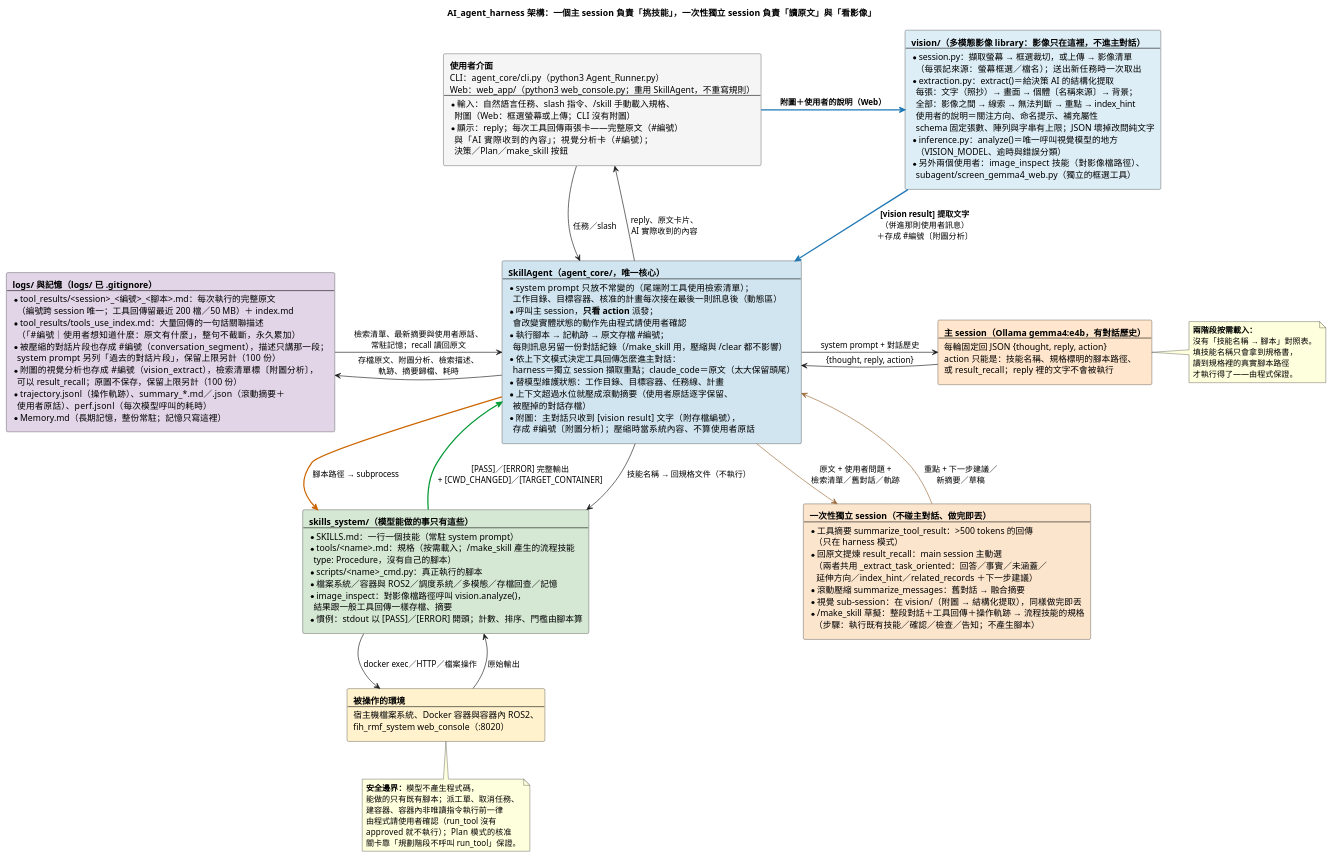
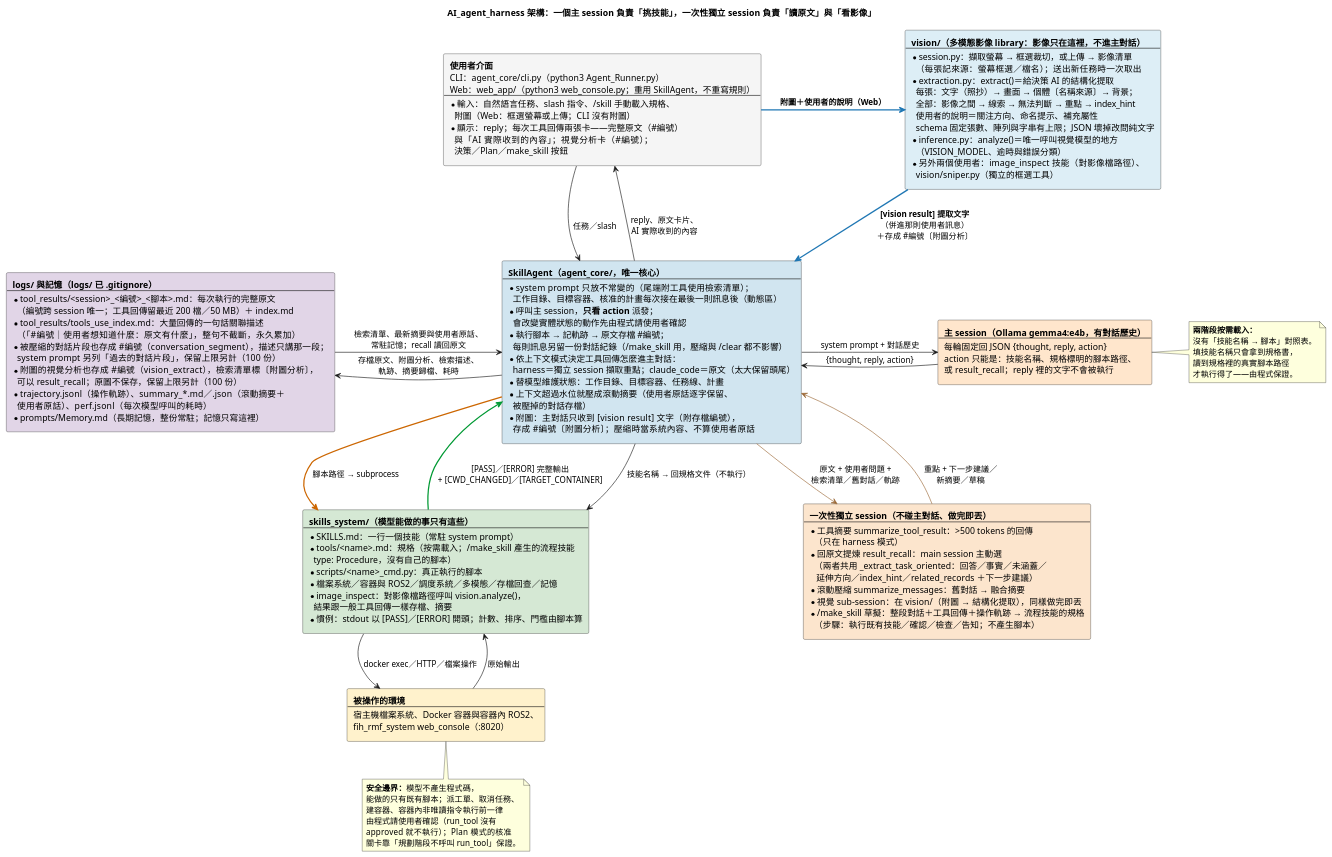
One commit to DavidZox/Coding_agnet changed the diagram in doc/diagrams/AI_agent_harness的說明.puml. Above: the diagram before and after it, drawn with PlantUML. The commit also changed 23 other files, not shown here.

```diff
--- a/doc/diagrams/AI_agent_harness的說明.puml
+++ b/doc/diagrams/AI_agent_harness的說明.puml
@@ -1,150 +1,150 @@
 @startuml
 ' --- 樣式精準控制 ---
 skinparam RectangleWidthMax 340
 skinparam ranksep 60
 skinparam nodesep 60
 skinparam shadowing false
 skinparam defaultFontName "Microsoft JhengHei"
 
 title AI_agent_harness 架構：一個主 session 負責「挑技能」，一次性獨立 session 負責「讀原文」與「看影像」
 
 rectangle NodeUser #F5F5F5 [
   **使用者介面**
   CLI：agent_core/cli.py（python3 Agent_Runner.py）
   Web：web_app/（python3 web_console.py；重用 SkillAgent，不重寫規則）
   ----
   * 輸入：自然語言任務、slash 指令、/skill 手動載入規格、
     附圖（Web：框選螢幕或上傳；CLI 沒有附圖）
   * 顯示：reply；每次工具回傳兩張卡——完整原文（#編號）
     與「AI 實際收到的內容」；視覺分析卡（#編號）；
     決策／Plan／make_skill 按鈕
 ]
 
 rectangle NodeVision #DDEEF6 [
   **vision/（多模態影像 library：影像只在這裡，不進主對話）**
   ----
   * session.py：擷取螢幕 → 框選裁切，或上傳 → 影像清單
     （每張記來源：螢幕框選／檔名）；送出新任務時一次取出
   * extraction.py：extract()＝給決策 AI 的結構化提取
     每張：文字（照抄）→ 畫面 → 個體〔名稱來源〕→ 背景；
     全部：影像之間 → 線索 → 無法判斷 → 重點 → index_hint
     使用者的說明＝關注方向、命名提示、補充屬性
     schema 固定張數、陣列與字串有上限；JSON 壞掉改問純文字
   * inference.py：analyze()＝唯一呼叫視覺模型的地方
     （VISION_MODEL、逾時與錯誤分類）
   * 另外兩個使用者：image_inspect 技能（對影像檔路徑）、
-    subagent/screen_gemma4_web.py（獨立的框選工具）
+    vision/sniper.py（獨立的框選工具）
 ]
 
 rectangle NodeAgent #D1E5F0 [
   **SkillAgent（agent_core/，唯一核心）**
   ----
   * system prompt 只放不常變的（尾端附工具使用檢索清單）；
     工作目錄、目標容器、核准的計畫每次接在最後一則訊息後（動態區）
   * 呼叫主 session，**只看 action** 派發；
     會改變實體狀態的動作先由程式請使用者確認
   * 執行腳本 → 記軌跡 → 原文存檔 #編號；
     每則訊息另留一份對話紀錄（/make_skill 用，壓縮與 /clear 都不影響）
   * 依上下文模式決定工具回傳怎麼進主對話：
     harness＝獨立 session 擷取重點；claude_code＝原文（太大保留頭尾）
   * 替模型維護狀態：工作目錄、目標容器、任務線、計畫
   * 上下文超過水位就壓成滾動摘要（使用者原話逐字保留、
     被壓掉的對話存檔）
   * 附圖：主對話只收到 [vision result] 文字（附存檔編號），
     存成 #編號〔附圖分析〕；壓縮時當系統內容、不算使用者原話
 ]
 
 rectangle NodeLLM #FFE6CC [
   **主 session（Ollama gemma4:e4b，有對話歷史）**
   ----
   每輪固定回 JSON {thought, reply, action}
   action 只能是：技能名稱、規格標明的腳本路徑、
   或 result_recall；reply 裡的文字不會被執行
 ]
 
 rectangle NodeSub #FCE5CD [
   **一次性獨立 session（不碰主對話、做完即丟）**
   ----
   * 工具摘要 summarize_tool_result：>500 tokens 的回傳
     （只在 harness 模式）
   * 回原文提煉 result_recall：main session 主動選
     （兩者共用 _extract_task_oriented：回答／事實／未涵蓋／
      延伸方向／index_hint／related_records ＋下一步建議）
   * 滾動壓縮 summarize_messages：舊對話 → 融合摘要
   * 視覺 sub-session：在 vision/（附圖 → 結構化提取），同樣做完即丟
   * /make_skill 草擬：整段對話＋工具回傳＋操作軌跡 → 流程技能的規格
     （步驟：執行既有技能／確認／檢查／告知；不產生腳本）
 ]
 
 rectangle NodeSkills #D5E8D4 [
   **skills_system/（模型能做的事只有這些）**
   ----
   * SKILLS.md：一行一個技能（常駐 system prompt）
   * tools/<name>.md：規格（按需載入；/make_skill 產生的流程技能
     type: Procedure，沒有自己的腳本）
   * scripts/<name>_cmd.py：真正執行的腳本
   * 檔案系統／容器與 ROS2／調度系統／多模態／存檔回查／記憶
   * image_inspect：對影像檔路徑呼叫 vision.analyze()，
     結果跟一般工具回傳一樣存檔、摘要
   * 慣例：stdout 以 [PASS]／[ERROR] 開頭；計數、排序、門檻由腳本算
 ]
 
 rectangle NodeWorld #FFF2CC [
   **被操作的環境**
   ----
   宿主機檔案系統、Docker 容器與容器內 ROS2、
   fih_rmf_system web_console（:8020）
 ]
 
 rectangle NodeStore #E1D5E7 [
   **logs/ 與記憶（logs/ 已 .gitignore）**
   ----
   * tool_results/<session>_<編號>_<腳本>.md：每次執行的完整原文
     （編號跨 session 唯一；工具回傳留最近 200 檔／50 MB）＋ index.md
   * tool_results/tools_use_index.md：大量回傳的一句話關聯描述
     （「#編號｜使用者想知道什麼：原文有什麼」，整句不截斷，永久累加）
   * 被壓縮的對話片段也存成 #編號（conversation_segment），描述只講那一段；
     system prompt 另列「過去的對話片段」，保留上限另計（100 份）
   * 附圖的視覺分析也存成 #編號（vision_extract），檢索清單標〔附圖分析〕，
     可以 result_recall；原圖不保存，保留上限另計（100 份）
   * trajectory.jsonl（操作軌跡）、summary_*.md／.json（滾動摘要＋
     使用者原話）、perf.jsonl（每次模型呼叫的耗時）
-  * Memory.md（長期記憶，整份常駐；記憶只寫這裡）
+  * prompts/Memory.md（長期記憶，整份常駐；記憶只寫這裡）
 ]
 
 NodeUser -down-> NodeAgent : 任務／slash
 NodeAgent -up-> NodeUser : reply、原文卡片、\nAI 實際收到的內容
 NodeAgent -right-> NodeLLM : system prompt + 對話歷史
 NodeLLM -left-> NodeAgent : {thought, reply, action}
 NodeAgent -[#996633]right-> NodeSub : 原文 + 使用者問題 +\n檢索清單／舊對話／軌跡
 NodeSub -[#996633]left-> NodeAgent : 重點 + 下一步建議／\n新摘要／草稿
 NodeUser -[#1F77B4,bold]right-> NodeVision : **附圖＋使用者的說明（Web）**
 NodeVision -[#1F77B4,bold]down-> NodeAgent : **[vision result] 提取文字**\n（併進那則使用者訊息）\n＋存成 #編號〔附圖分析〕
 NodeAgent -down-> NodeSkills : 技能名稱 → 回規格文件（不執行）
 NodeAgent -[#CC6600,bold]down-> NodeSkills : 腳本路徑 → subprocess
 NodeSkills -down-> NodeWorld : docker exec／HTTP／檔案操作
 NodeWorld -up-> NodeSkills : 原始輸出
 NodeSkills -[#009933,bold]up-> NodeAgent : [PASS]／[ERROR] 完整輸出\n+ [CWD_CHANGED]／[TARGET_CONTAINER]
 NodeAgent -left-> NodeStore : 存檔原文、附圖分析、檢索描述、\n軌跡、摘要歸檔、耗時
 NodeStore -right-> NodeAgent : 檢索清單、最新摘要與使用者原話、\n常駐記憶；recall 讀回原文
 NodeLLM -[hidden]down-> NodeSub
 NodeVision -[hidden]down-> NodeLLM
 
 note right of NodeLLM
   **兩階段按需載入：**
   沒有「技能名稱 → 腳本」對照表。
   填技能名稱只會拿到規格書，
   讀到規格裡的真實腳本路徑
   才執行得了——由程式保證。
 end note
 
 note bottom of NodeWorld
   **安全邊界：**模型不產生程式碼，
   能做的只有既有腳本；派工單、取消任務、
   建容器、容器內非唯讀指令執行前一律
   由程式請使用者確認（run_tool 沒有
   approved 就不執行）；Plan 模式的核准
   關卡靠「規劃階段不呼叫 run_tool」保證。
 end note
 
 @enduml
```
